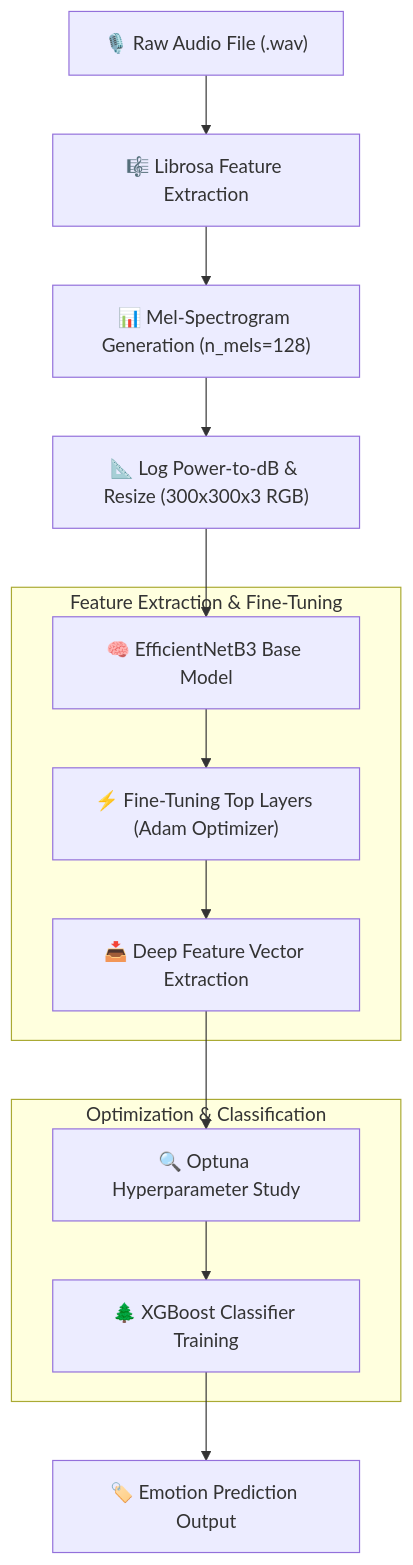
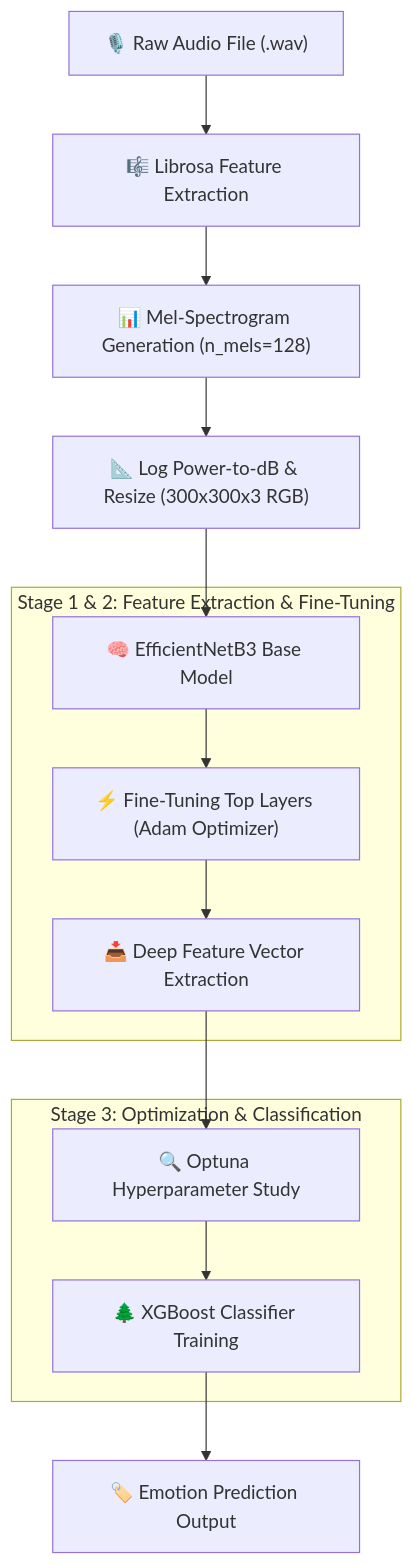
One commit to SubHans/speech-emotion-recognition-spectrogram changed the diagram in README.md. Above: the diagram before and after it, drawn with Mermaid. The commit also changed other lines of this file, not shown here.

````diff
--- a/README.md
+++ b/README.md
@@ -52,19 +53,19 @@
 ```mermaid
 flowchart TD
     A["🎙️ Raw Audio File (.wav)"] --> B["🎼 Librosa Feature Extraction"]
     B --> C["📊 Mel-Spectrogram Generation (n_mels=128)"]
     C --> D["📐 Log Power-to-dB & Resize (300x300x3 RGB)"]
     D --> E["🧠 EfficientNetB3 Base Model"]
     
-    subgraph Feature Extraction & Fine-Tuning
+    subgraph Stage 1 & 2: Feature Extraction & Fine-Tuning
         E --> F["⚡ Fine-Tuning Top Layers (Adam Optimizer)"]
         F --> G["📥 Deep Feature Vector Extraction"]
     end
     
-    subgraph Optimization & Classification
+    subgraph Stage 3: Optimization & Classification
         G --> H["🔍 Optuna Hyperparameter Study"]
         H --> I["🌲 XGBoost Classifier Training"]
     end
     
     I --> J["🏷️ Emotion Prediction Output"]
 ```
````
